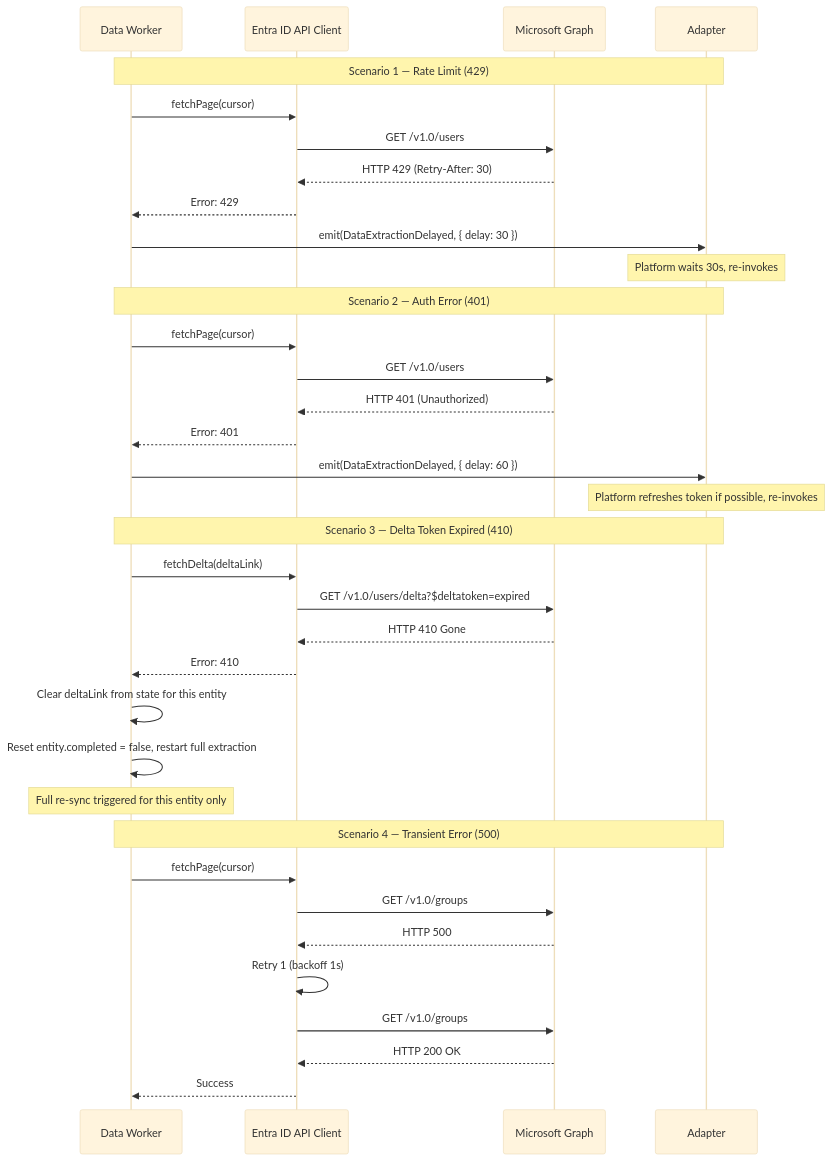
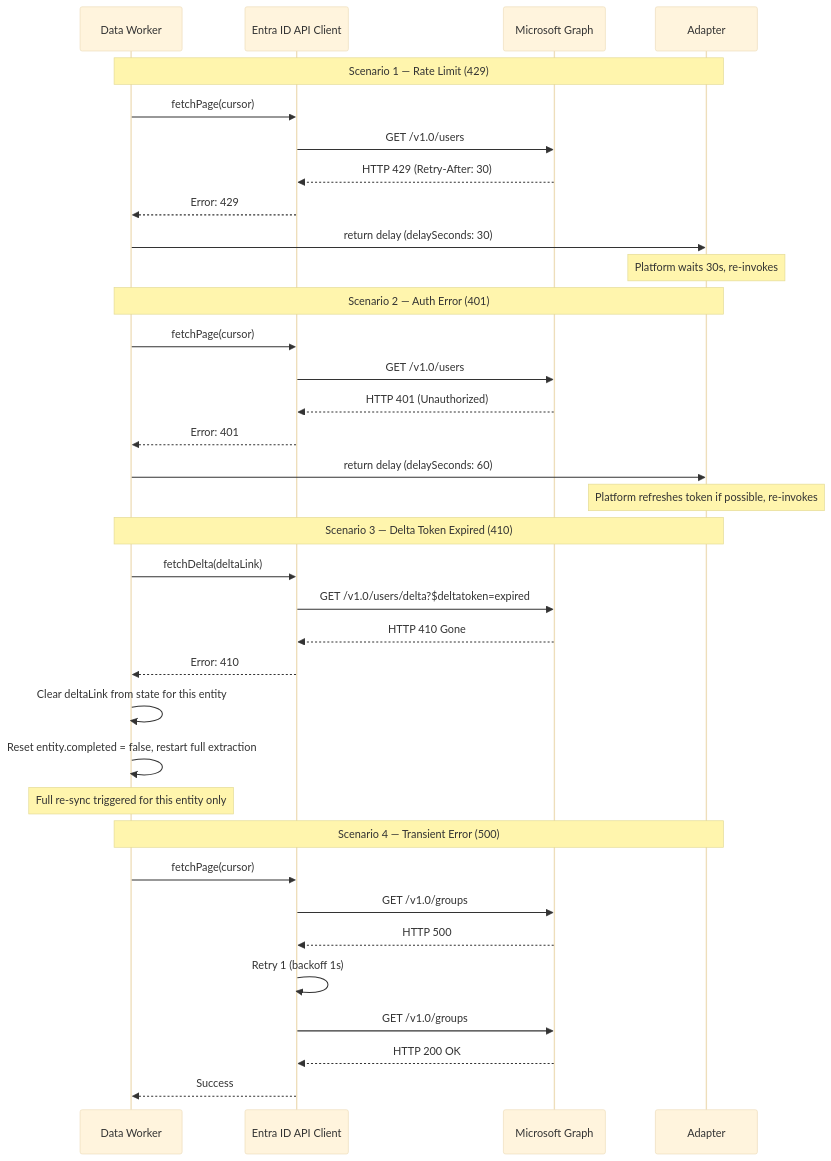
One commit to DevRev-Labs/airsync-azure-entra-id-snap-in changed the fifth of 5 diagrams in TECHNICAL_DESIGN_DOC.md. Above: the diagram before and after it, drawn with Mermaid (base theme). The commit also changed other lines of this file and 28 other files, not shown here.

````diff
--- a/TECHNICAL_DESIGN_DOC.md
+++ b/TECHNICAL_DESIGN_DOC.md
@@ -511,41 +511,41 @@
 ```mermaid
 sequenceDiagram
     participant DW as Data Worker
     participant API as Entra ID API Client
     participant Ext as Microsoft Graph
     participant Adapter
 
     Note over DW,Adapter: Scenario 1 — Rate Limit (429)
     DW->>API: fetchPage(cursor)
     API->>Ext: GET /v1.0/users
     Ext-->>API: HTTP 429 (Retry-After: 30)
     API-->>DW: Error: 429
-    DW->>Adapter: emit(DataExtractionDelayed, { delay: 30 })
+    DW->>Adapter: return delay (delaySeconds: 30)
     Note over Adapter: Platform waits 30s, re-invokes
 
     Note over DW,Adapter: Scenario 2 — Auth Error (401)
     DW->>API: fetchPage(cursor)
     API->>Ext: GET /v1.0/users
     Ext-->>API: HTTP 401 (Unauthorized)
     API-->>DW: Error: 401
-    DW->>Adapter: emit(DataExtractionDelayed, { delay: 60 })
+    DW->>Adapter: return delay (delaySeconds: 60)
     Note over Adapter: Platform refreshes token if possible, re-invokes
 
     Note over DW,Adapter: Scenario 3 — Delta Token Expired (410)
     DW->>API: fetchDelta(deltaLink)
     API->>Ext: GET /v1.0/users/delta?$deltatoken=expired
     Ext-->>API: HTTP 410 Gone
     API-->>DW: Error: 410
     DW->>DW: Clear deltaLink from state for this entity
     DW->>DW: Reset entity.completed = false, restart full extraction
     Note over DW: Full re-sync triggered for this entity only
 
     Note over DW,Adapter: Scenario 4 — Transient Error (500)
     DW->>API: fetchPage(cursor)
     API->>Ext: GET /v1.0/groups
     Ext-->>API: HTTP 500
     API->>API: Retry 1 (backoff 1s)
     API->>Ext: GET /v1.0/groups
     Ext-->>API: HTTP 200 OK
     API-->>DW: Success
 ```
````
